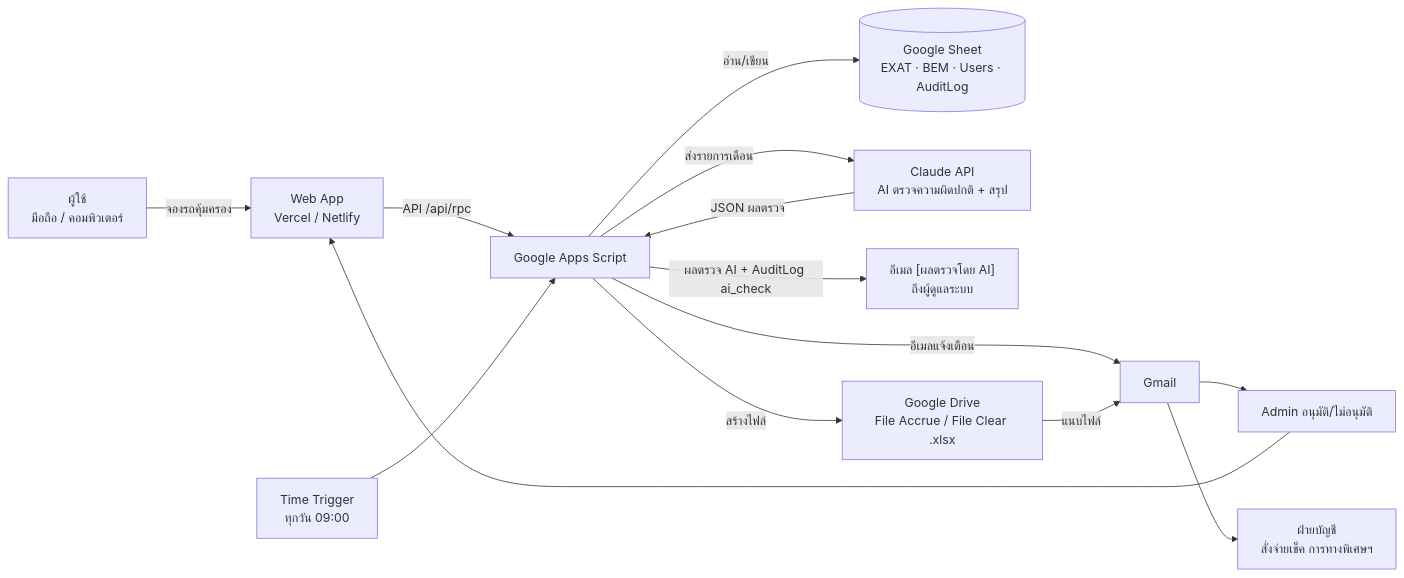
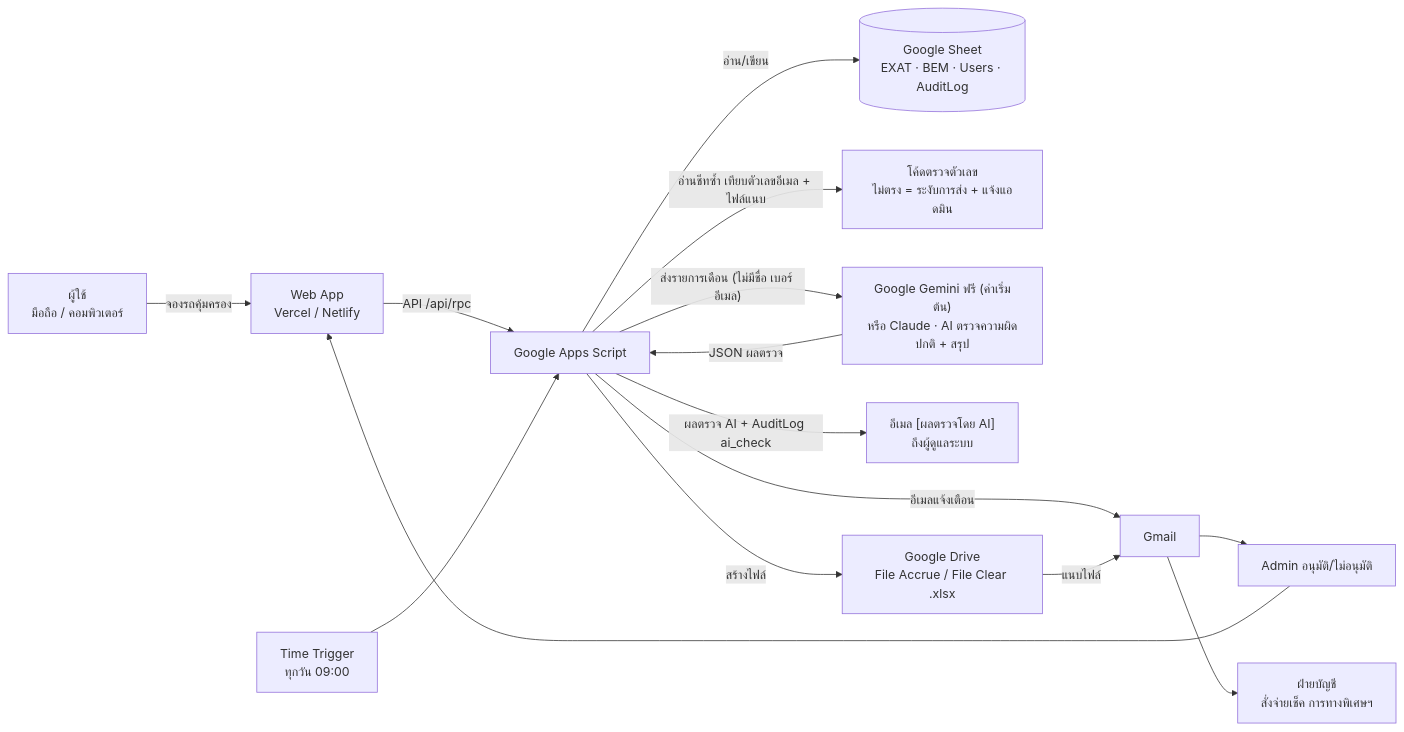
Before and after one commit to thanakorn-ta/protection-fee: the diagram in docs/AI_LITERACY_L4.md, drawn with Mermaid. The commit also changed other lines of this file, not shown here.

Commit message:
L4 doc: Gemini (free) is the default AI step, Claude optional, plus the code check against the sheet

````diff
--- a/docs/AI_LITERACY_L4.md
+++ b/docs/AI_LITERACY_L4.md
@@ -26,16 +26,17 @@
 ```mermaid
 flowchart LR
   U[ผู้ใช้<br/>มือถือ / คอมพิวเตอร์] -->|จองรถคุ้มครอง| W[Web App<br/>Vercel / Netlify]
   W -->|API /api/rpc| A[Google Apps Script]
   A -->|อ่าน/เขียน| S[(Google Sheet<br/>EXAT · BEM · Users · AuditLog)]
   A -->|อีเมลแจ้งเตือน| G[Gmail]
   G --> AD[Admin อนุมัติ/ไม่อนุมัติ]
   AD --> W
   T[Time Trigger<br/>ทุกวัน 09:00] --> A
-  A -->|ส่งรายการเดือน| C[Claude API<br/>AI ตรวจความผิดปกติ + สรุป]
+  A -->|อ่านชีทซ้ำ เทียบตัวเลขอีเมล + ไฟล์แนบ| V[โค้ดตรวจตัวเลข<br/>ไม่ตรง = ระงับการส่ง + แจ้งแอดมิน]
+  A -->|"ส่งรายการเดือน (ไม่มีชื่อ เบอร์ อีเมล)"| C["Google Gemini ฟรี (ค่าเริ่มต้น)<br/>หรือ Claude · AI ตรวจความผิดปกติ + สรุป"]
   C -->|JSON ผลตรวจ| A
   A -->|ผลตรวจ AI + AuditLog ai_check| AM["อีเมล [ผลตรวจโดย AI]<br/>ถึงผู้ดูแลระบบ"]
   A -->|สร้างไฟล์| D[Google Drive<br/>File Accrue / File Clear .xlsx]
   D -->|แนบไฟล์| G
   G --> F[ฝ่ายบัญชี<br/>สั่งจ่ายเช็ค การทางพิเศษฯ]
 ```
````
